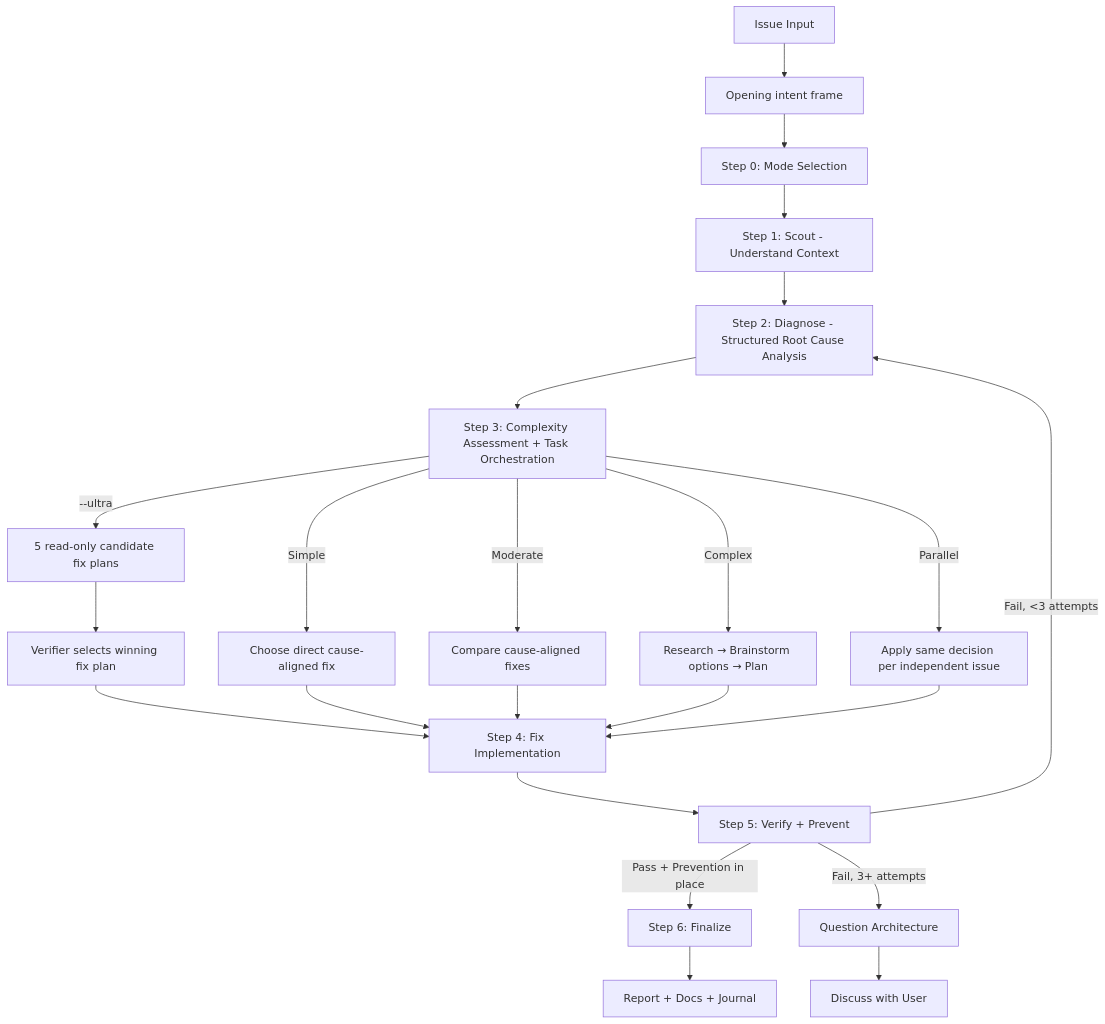
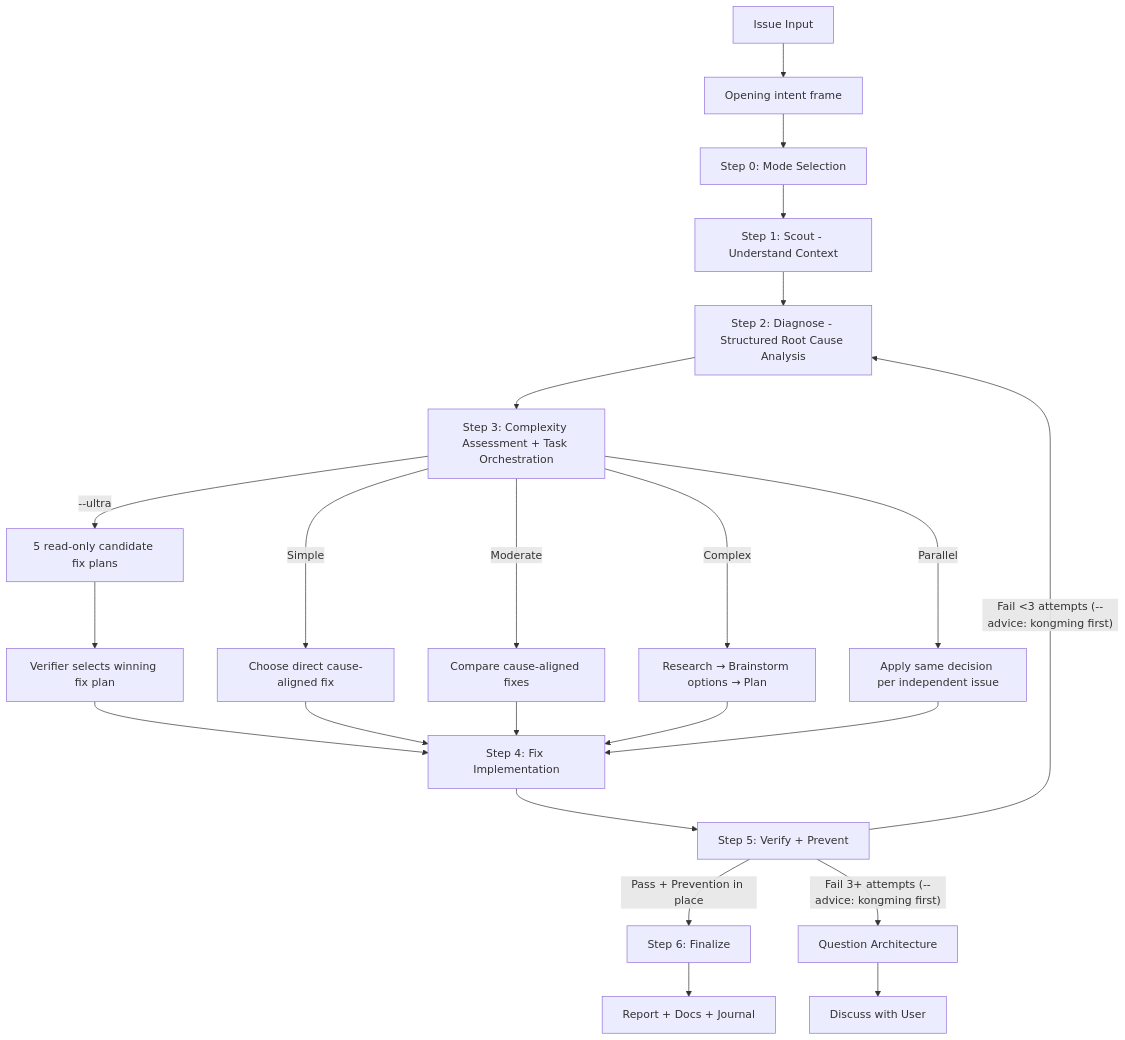
Before and after one commit to quanganh208/chatofy: the diagram in .claude/skills/ak-fix/SKILL.md, drawn with Mermaid. The commit also changed other lines of this file and 247 other files, not shown here.

````diff
--- a/.claude/skills/ak-fix/SKILL.md
+++ b/.claude/skills/ak-fix/SKILL.md
@@ -134,24 +152,24 @@
 ```mermaid
 flowchart TD
     A[Issue Input] --> A2[Opening intent frame]
     A2 --> B[Step 0: Mode Selection]
     B --> C[Step 1: Scout - Understand Context]
     C --> D[Step 2: Diagnose - Structured Root Cause Analysis]
     D --> E[Step 3: Complexity Assessment + Task Orchestration]
     E -->|Simple| F[Choose direct cause-aligned fix]
     E -->|Moderate| G[Compare cause-aligned fixes]
     E -->|Complex| H[Research → Brainstorm options → Plan]
     E -->|Parallel| I[Apply same decision per independent issue]
     E -->|"--ultra"| U[5 read-only candidate fix plans] --> V[Verifier selects winning fix plan]
     V --> J
     F --> J[Step 4: Fix Implementation]
     G --> J
     H --> J
     I --> J
     J --> K[Step 5: Verify + Prevent]
     K -->|Pass + Prevention in place| L[Step 6: Finalize]
-    K -->|Fail, <3 attempts| D
-    K -->|Fail, 3+ attempts| M[Question Architecture]
+    K -->|"Fail <3 attempts (--advice: kongming first)"| D
+    K -->|"Fail 3+ attempts (--advice: kongming first)"| M[Question Architecture]
     M --> N[Discuss with User]
     L --> O[Report + Docs + Journal]
 ```
````
